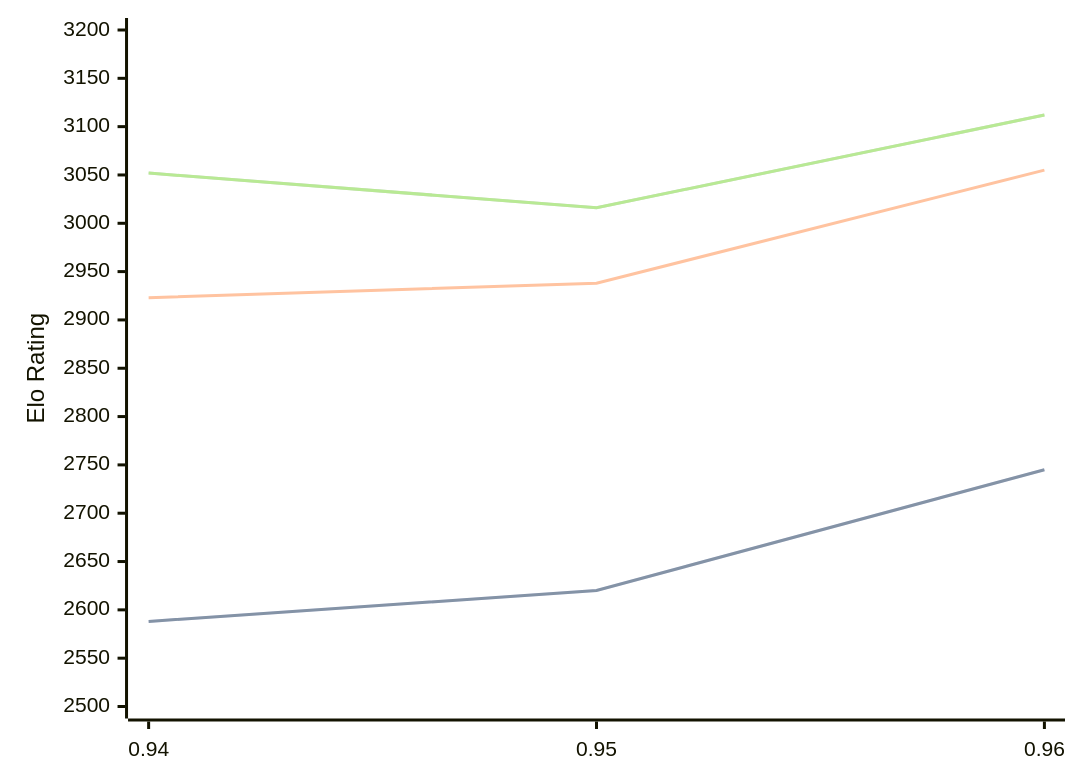
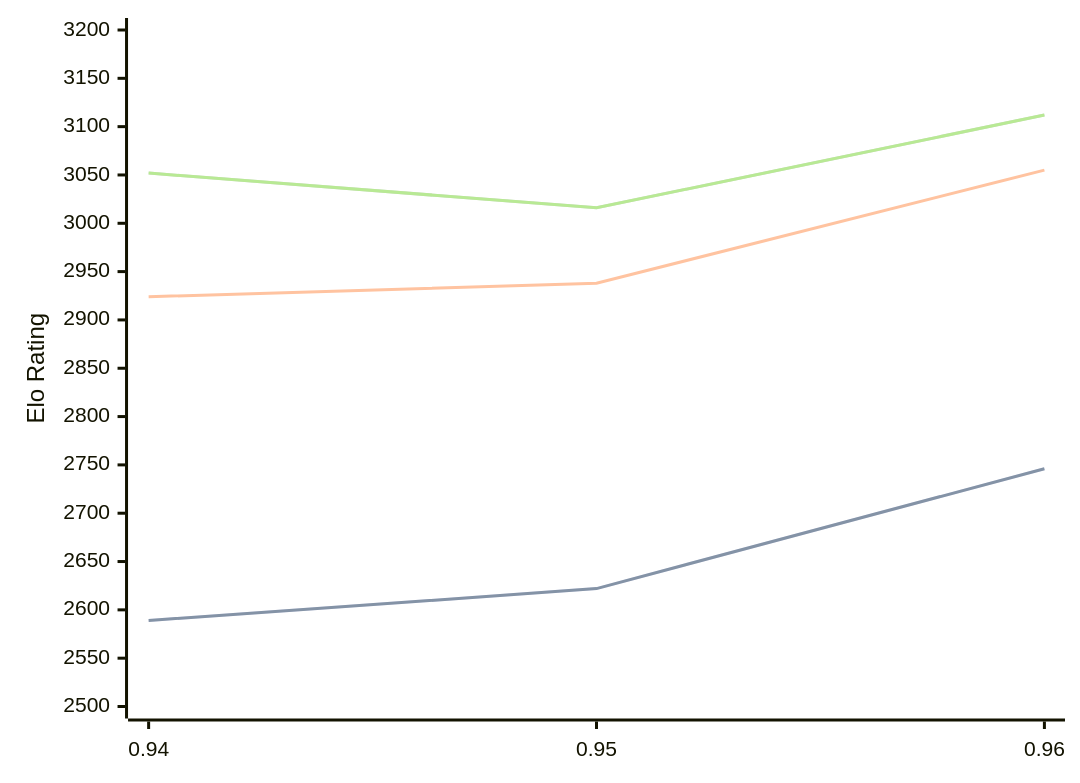
One commit to computer-chess-index/cci changed the diagram in engines/Myrddin.md. Above: the diagram before and after it, drawn with Mermaid. The commit also changed other lines of this file, not shown here.

````diff
--- a/engines/Myrddin.md
+++ b/engines/Myrddin.md
@@ -33,11 +33,11 @@
 ```mermaid
 %%{init: {"theme":"base","themeVariables":{"seriesColors:['#a3a3a3','#222221','#faa371']}}}%%
 xychart-beta
   x-axis ["0.94", "0.95", "0.96"]
   y-axis "Elo Rating" 2500 --> 3200
-  line "STC (8.0+0.08s)" [2588, 2620, 2745]
-  line "STC (8.0+0.08s)" [2588, 2620, 2745]
-  line "LTC (60.0+0.60s)" [2923, 2938, 3055]
+  line "STC (8.0+0.08s)" [2589, 2622, 2746]
+  line "STC (8.0+0.08s)" [2589, 2622, 2746]
+  line "LTC (60.0+0.60s)" [2924, 2938, 3055]
   line "VLTC (2m24s+1.12s)" [3052, 3016, 3112]
   line "VLTC (2m24s+1.12s)" [3052, 3016, 3112]
 ```
````
